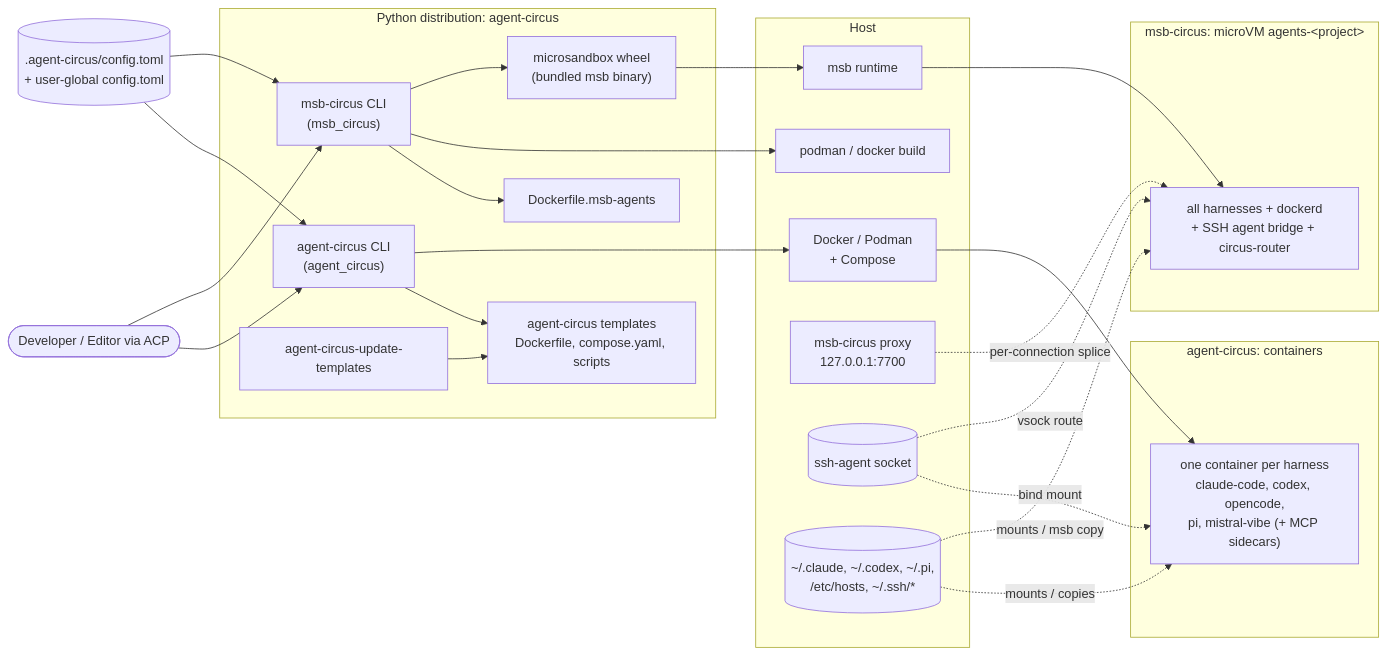
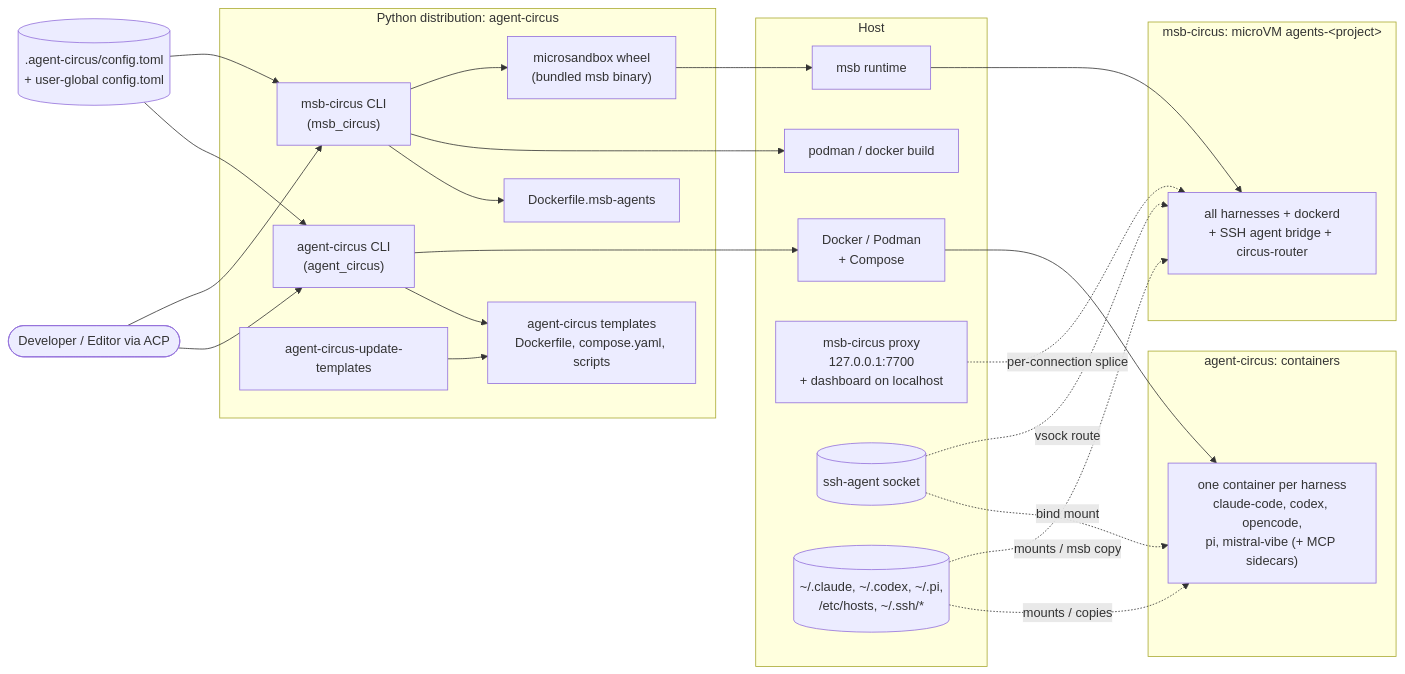
One commit to Embedded-Focus/agent-circus changed the first of 7 diagrams in ARCHITECTURE.md. Above: the diagram before and after it, drawn with Mermaid. The commit also changed other lines of this file and 1 other file, not shown here.

First line of the commit message:
docs(msb-circus): document the dashboard

````diff
--- a/ARCHITECTURE.md
+++ b/ARCHITECTURE.md
@@ -59,47 +59,47 @@
 ```mermaid
 flowchart LR
     user([Developer / Editor via ACP])
     cfg[(".agent-circus/config.toml<br/>+ user-global config.toml")]
 
     subgraph pkg["Python distribution: agent-circus"]
         ac["agent-circus CLI<br/>(agent_circus)"]
         mc["msb-circus CLI<br/>(msb_circus)"]
         upd["agent-circus-update-templates"]
         tpl_ac["agent-circus templates<br/>Dockerfile, compose.yaml, scripts"]
         tpl_mc["Dockerfile.msb-agents"]
         msbwheel["microsandbox wheel<br/>(bundled msb binary)"]
     end
 
     subgraph host["Host"]
         engine["Docker / Podman<br/>+ Compose"]
         builder["podman / docker build"]
         msb["msb runtime"]
-        proxy["msb-circus proxy<br/>127.0.0.1:7700"]
+        proxy["msb-circus proxy<br/>127.0.0.1:7700<br/>+ dashboard on localhost"]
         agent[(ssh-agent socket)]
         hostfiles[("~/.claude, ~/.codex, ~/.pi,<br/>/etc/hosts, ~/.ssh/*")]
     end
 
     subgraph containers["agent-circus: containers"]
         svc["one container per harness<br/>claude-code, codex, opencode,<br/>pi, mistral-vibe (+ MCP sidecars)"]
     end
 
     subgraph vm["msb-circus: microVM agents-&lt;project&gt;"]
         guest["all harnesses + dockerd<br/>+ SSH agent bridge + circus-router"]
     end
 
     user --> ac
     user --> mc
     cfg --> ac
     cfg --> mc
     ac --> tpl_ac
     ac --> engine --> svc
     upd --> tpl_ac
     mc --> tpl_mc
     mc --> builder
     mc --> msbwheel --> msb --> guest
     proxy -. per-connection splice .-> guest
     hostfiles -. mounts / copies .-> svc
     hostfiles -. mounts / msb copy .-> guest
     agent -. bind mount .-> svc
     agent -. vsock route .-> guest
 ```
````
